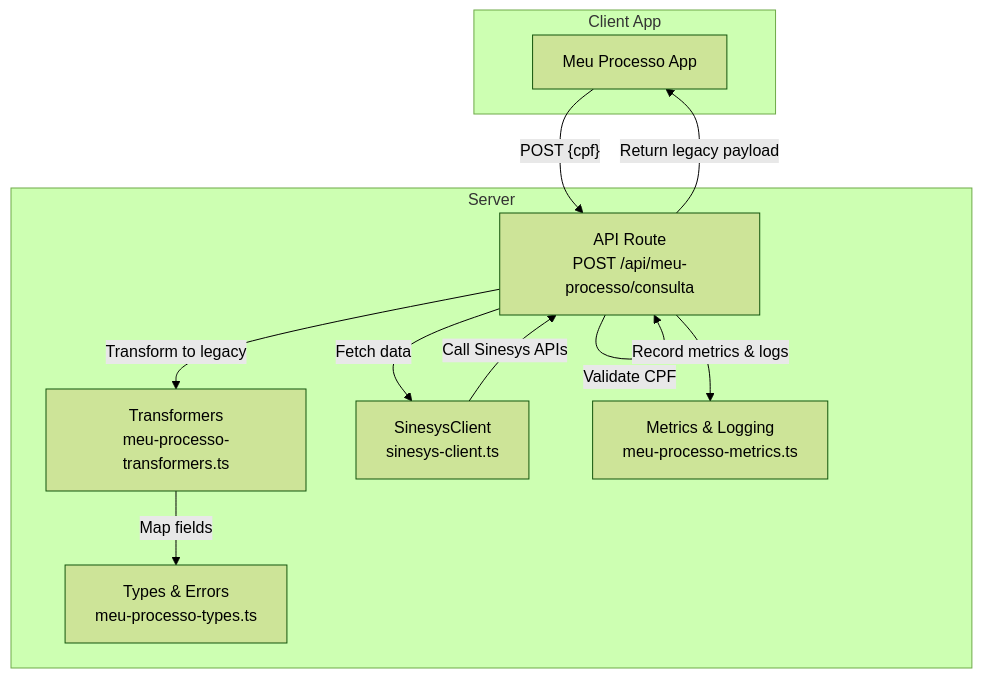
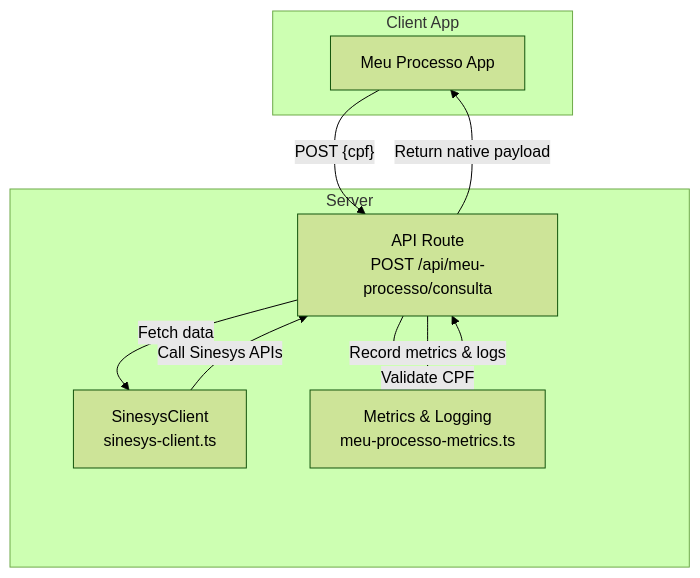
Before and after one commit to SinesysTech/zattar-os: the first of 4 diagrams in .qoder/repowiki/en/content/API Reference/Data Capture Endpoints/Meu Processo Consulta Endpoint.md, drawn with Mermaid (forest theme). The commit also changed other lines of this file and 13 other files, not shown here.

First line of the commit message:
refactor(api-meu-processo): simplificar consulta removendo fallback do webhook N8N

````diff
--- a/.qoder/repowiki/en/content/API Reference/Data Capture Endpoints/Meu Processo Consulta Endpoint.md
+++ b/.qoder/repowiki/en/content/API Reference/Data Capture Endpoints/Meu Processo Consulta Endpoint.md
@@ -46,22 +44,18 @@
 ```mermaid
 graph TB
 subgraph "Client App"
 MP["Meu Processo App"]
 end
 subgraph "Server"
 API["API Route<br/>POST /api/meu-processo/consulta"]
-TR["Transformers<br/>meu-processo-transformers.ts"]
-TYPES["Types & Errors<br/>meu-processo-types.ts"]
 CLIENT["SinesysClient<br/>sinesys-client.ts"]
 METRICS["Metrics & Logging<br/>meu-processo-metrics.ts"]
 end
 MP --> |"POST {cpf}"| API
 API --> |"Authenticate"| API
 API --> |"Validate CPF"| API
 API --> |"Fetch data"| CLIENT
 CLIENT --> |"Call Sinesys APIs"| API
-API --> |"Transform to legacy"| TR
-TR --> |"Map fields"| TYPES
 API --> |"Record metrics & logs"| METRICS
-API --> |"Return legacy payload"| MP
+API --> |"Return native payload"| MP
 ```
````
